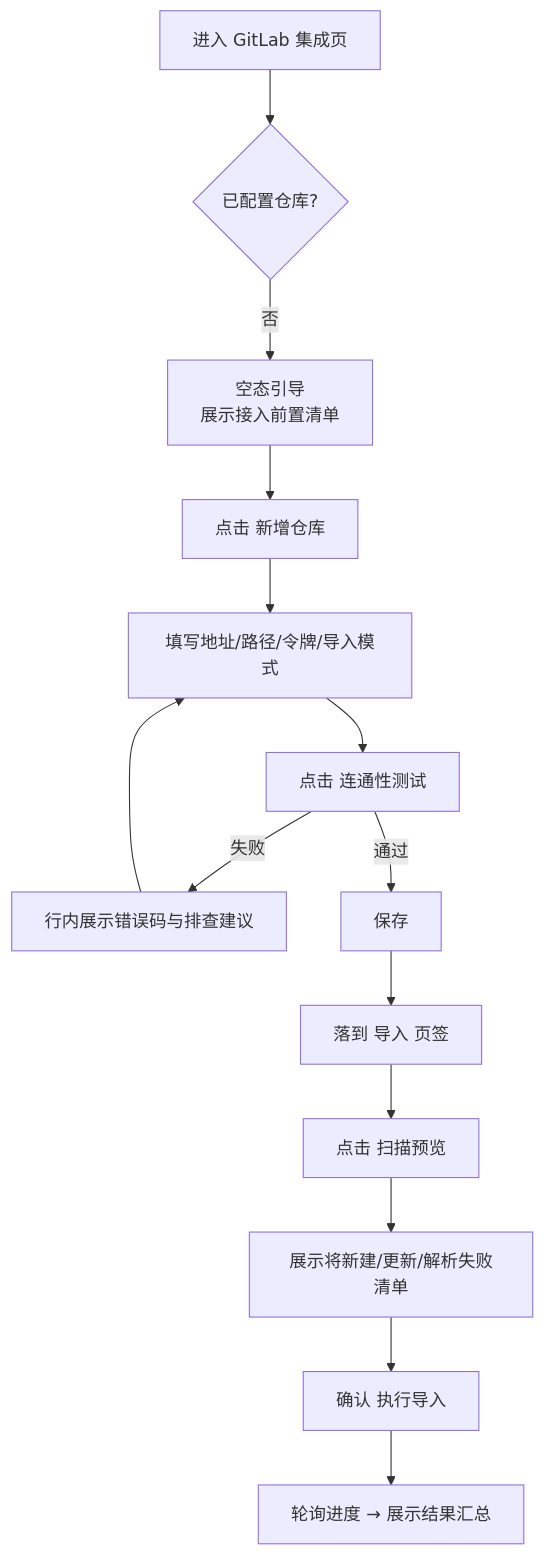
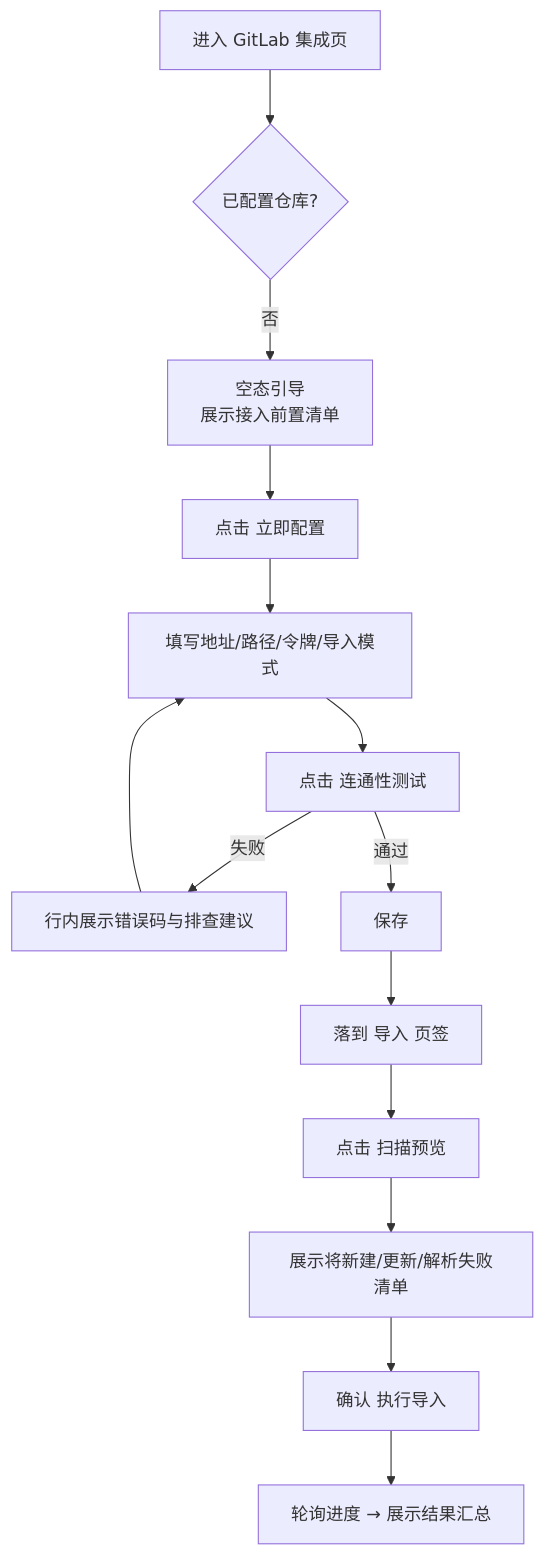
The first of 3 diagrams in docs/05-interaction-design/05-api-testing/27-gitlab-ui-page.md (XiaoMiSum/robotest), drawn with Mermaid before and after one commit. The commit also changed other lines of this file and 1 other file, not shown here.

````diff
--- a/docs/05-interaction-design/05-api-testing/27-gitlab-ui-page.md
+++ b/docs/05-interaction-design/05-api-testing/27-gitlab-ui-page.md
@@ -41,16 +41,16 @@
 ```mermaid
 flowchart TD
     A[进入 GitLab 集成页] --> B{已配置仓库?}
     B -- 否 --> C[空态引导<br/>展示接入前置清单]
-    C --> D[点击 新增仓库]
+    C --> D[点击 立即配置]
     D --> E[填写地址/路径/令牌/导入模式]
     E --> F[点击 连通性测试]
     F -- 失败 --> G[行内展示错误码与排查建议]
     G --> E
     F -- 通过 --> H[保存]
     H --> I[落到 导入 页签]
     I --> J[点击 扫描预览]
     J --> K[展示将新建/更新/解析失败清单]
     K --> L[确认 执行导入]
     L --> M[轮询进度 → 展示结果汇总]
 ```
````
